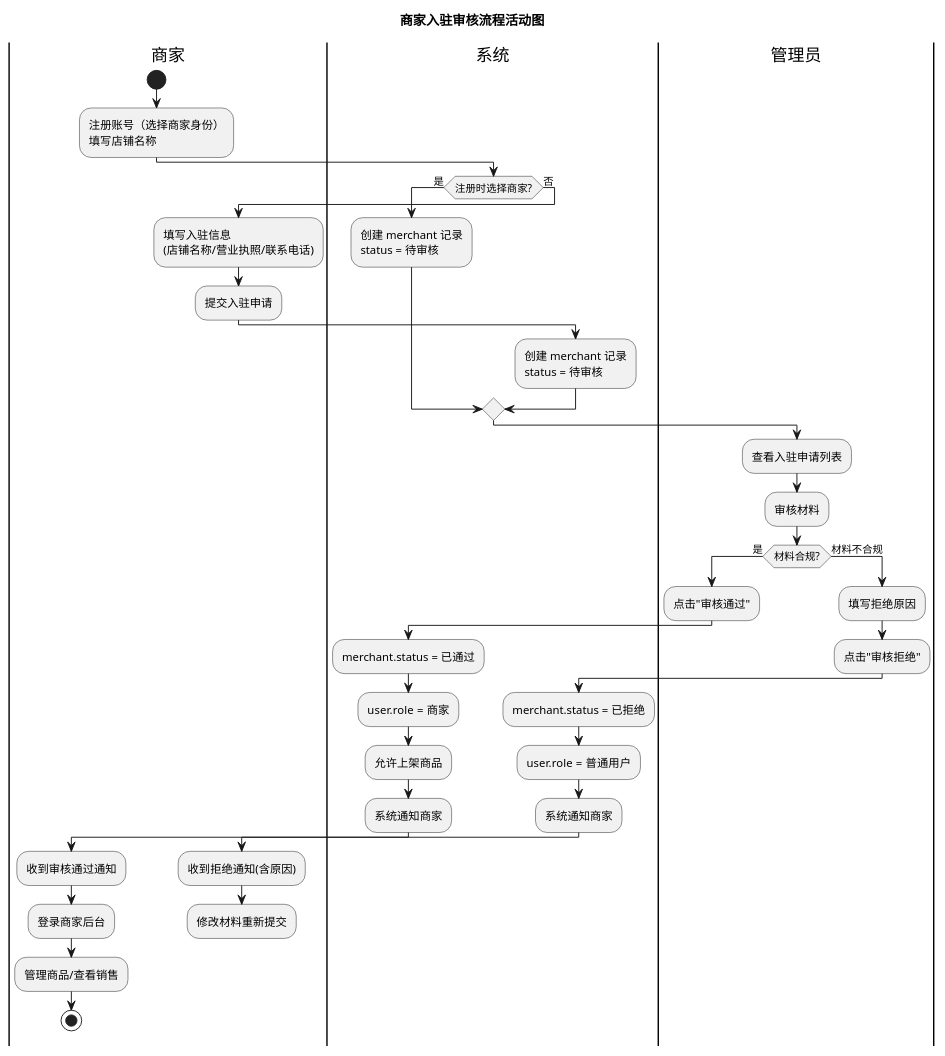
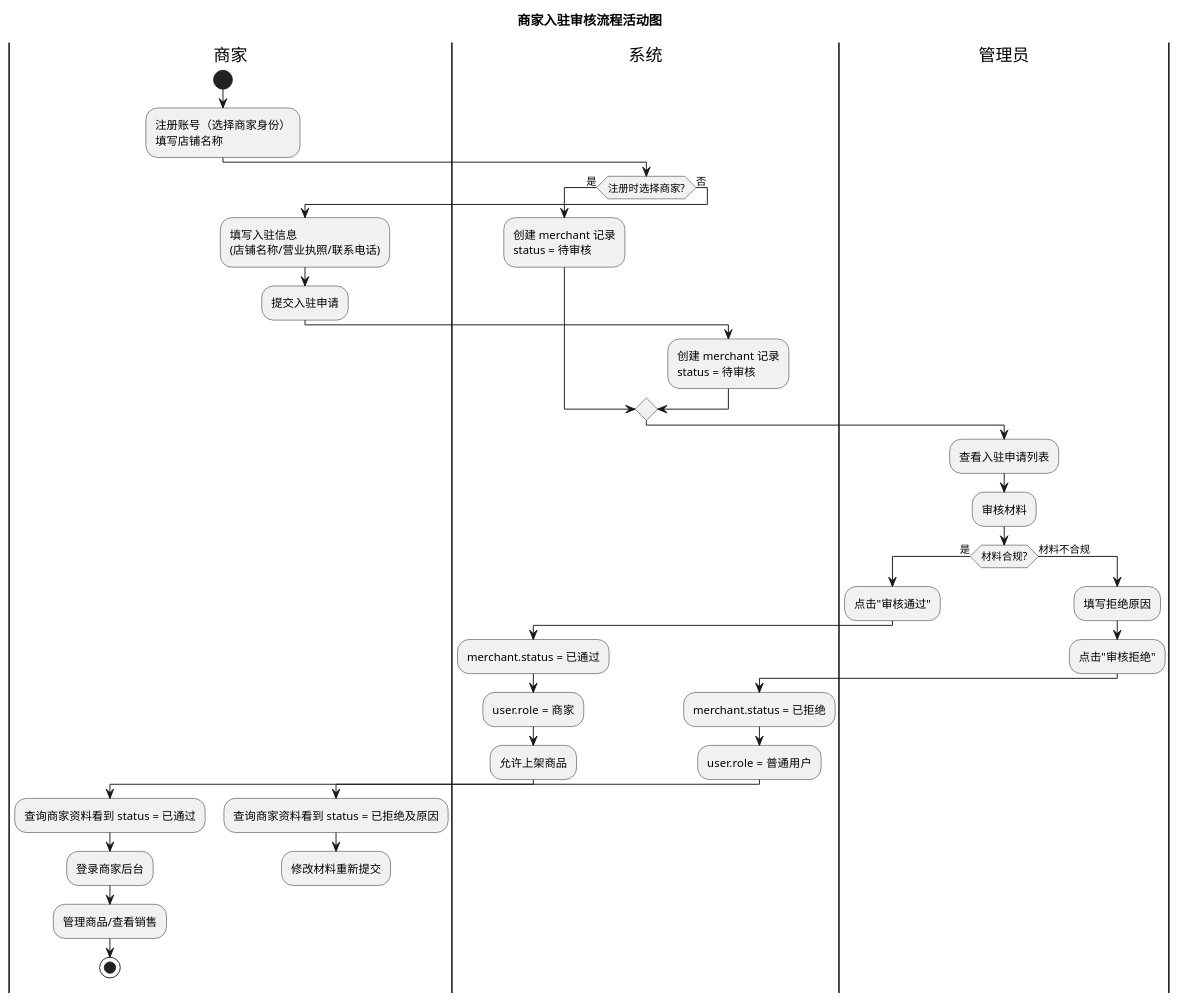
The second of 3 diagrams in uml/uml-activity.puml (KIM406-CMD/chrono), drawn with PlantUML before and after one commit. The commit also changed other lines of this file and 21 other files, not shown here.

First line of the commit message:
docs: 同步设计文档与 UML 图

```diff
--- a/uml/uml-activity.puml
+++ b/uml/uml-activity.puml
@@ -84,48 +81,46 @@
 @startuml 商家入驻审核流程
 
 title 商家入驻审核流程活动图
 
 |商家|
 start
 :注册账号（选择商家身份）\n填写店铺名称;
 |系统|
 if (注册时选择商家?) then (是)
   :创建 merchant 记录\nstatus = 待审核;
 else (否)
   |商家|
   :填写入驻信息\n(店铺名称/营业执照/联系电话);
   :提交入驻申请;
   |系统|
   :创建 merchant 记录\nstatus = 待审核;
 endif
 |管理员|
 :查看入驻申请列表;
 :审核材料;
 if (材料合规?) then (是)
   |管理员|
   :点击"审核通过";
   |系统|
   :merchant.status = 已通过;
   :user.role = 商家;
   :允许上架商品;
-  :系统通知商家;
   |商家|
-  :收到审核通过通知;
+  :查询商家资料看到 status = 已通过;
   :登录商家后台;
   :管理商品/查看销售;
   stop
 else (材料不合规)
   |管理员|
   :填写拒绝原因;
   :点击"审核拒绝";
   |系统|
   :merchant.status = 已拒绝;
   :user.role = 普通用户;
-  :系统通知商家;
   |商家|
-  :收到拒绝通知(含原因);
+  :查询商家资料看到 status = 已拒绝及原因;
   :修改材料重新提交;
   detach
 endif
 
 @enduml
```
